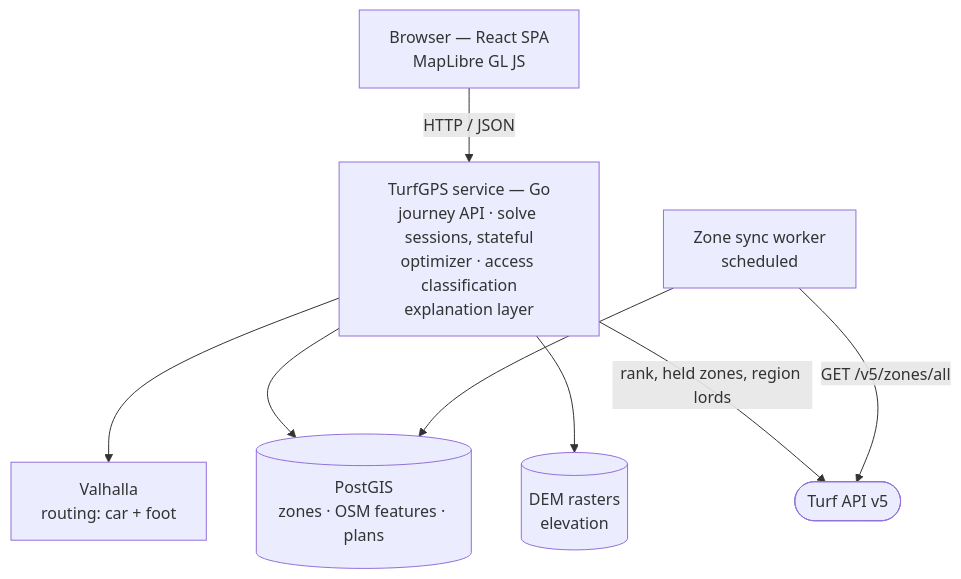
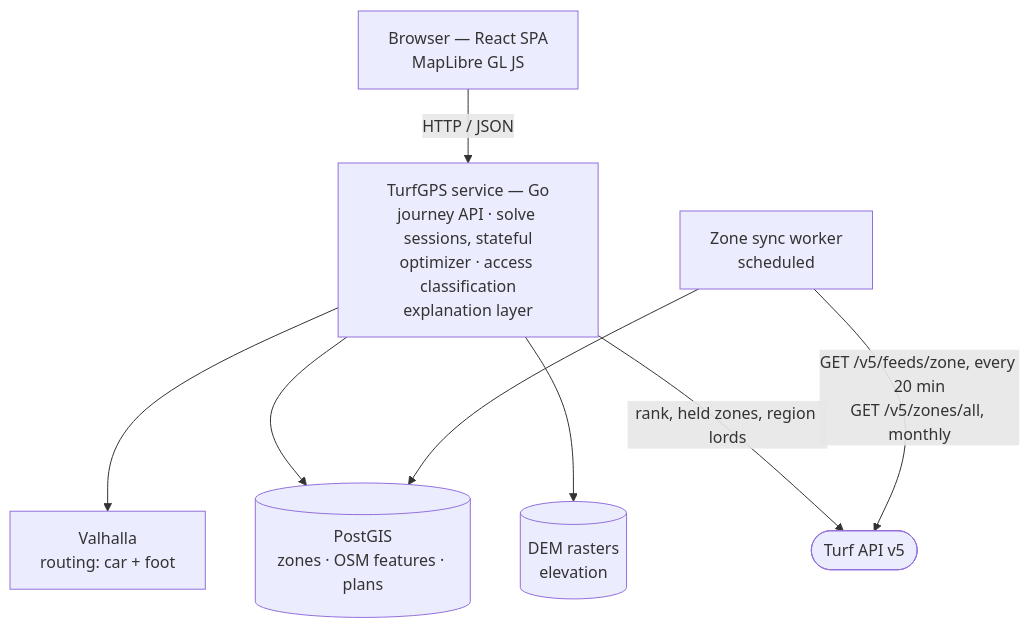
Before and after one commit to Caisesiume/TurfGPS: the first of 2 diagrams in docs/Architecture.md, drawn with Mermaid. The commit also changed 3 other files, not shown here.

````diff
--- a/docs/Architecture.md
+++ b/docs/Architecture.md
@@ -129,18 +129,18 @@
 ```mermaid
 flowchart TD
     B["Browser — React SPA<br/>MapLibre GL JS"]
     S["TurfGPS service — Go<br/>journey API · solve sessions, stateful<br/>optimizer · access classification<br/>explanation layer"]
     V["Valhalla<br/>routing: car + foot"]
     P[("PostGIS<br/>zones · OSM features · plans")]
     E[("DEM rasters<br/>elevation")]
     W["Zone sync worker<br/>scheduled"]
     T(["Turf API v5"])
 
     B -- "HTTP / JSON" --> S
     S --> V
     S --> P
     S --> E
     S -- "rank, held zones, region lords" --> T
-    W -- "GET /v5/zones/all" --> T
+    W -- "GET /v5/feeds/zone, every 20 min<br/>GET /v5/zones/all, monthly" --> T
     W --> P
 ```
````
